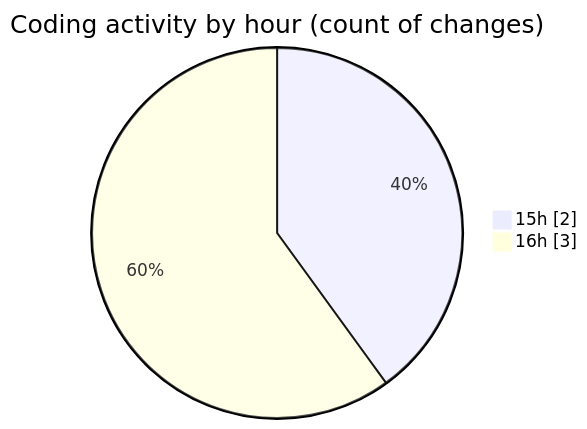
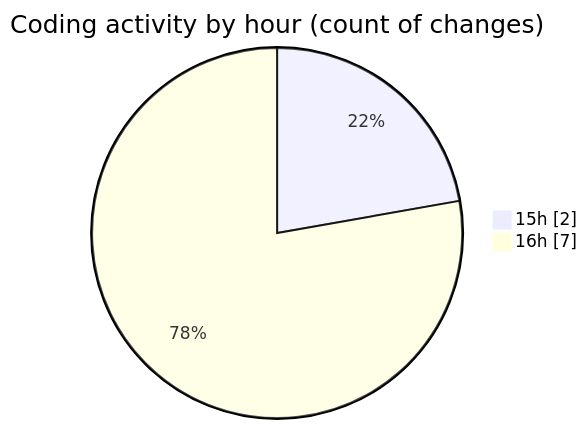
Before and after one commit to nxtqubesakshisongat/code-tracking: the second of 2 diagrams in 2025-08-09/nxtqube_webapp/README.md, drawn with Mermaid. The commit also changed other lines of this file and 1 other file, not shown here.

````diff
--- a/2025-08-09/nxtqube_webapp/README.md
+++ b/2025-08-09/nxtqube_webapp/README.md
@@ -28,6 +28,6 @@
 ```mermaid
 pie showData
 title Coding activity by hour (count of changes)
 "15h" : 2
-"16h" : 3
+"16h" : 7
 ```
````
